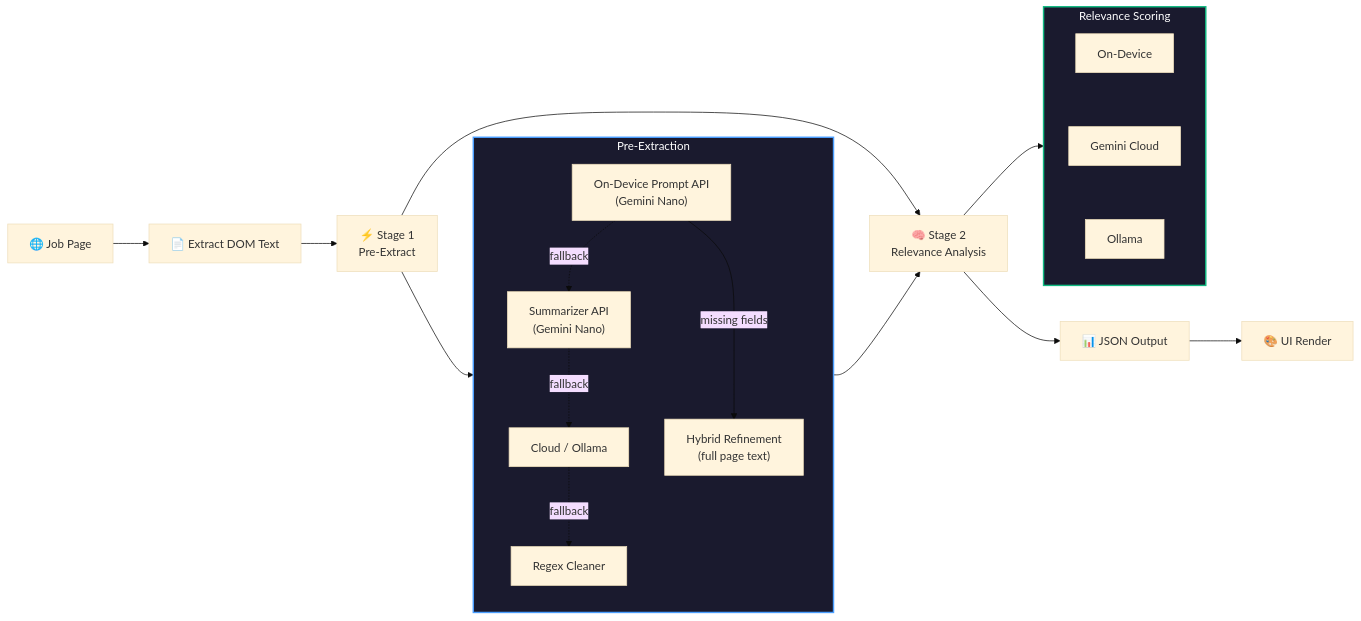
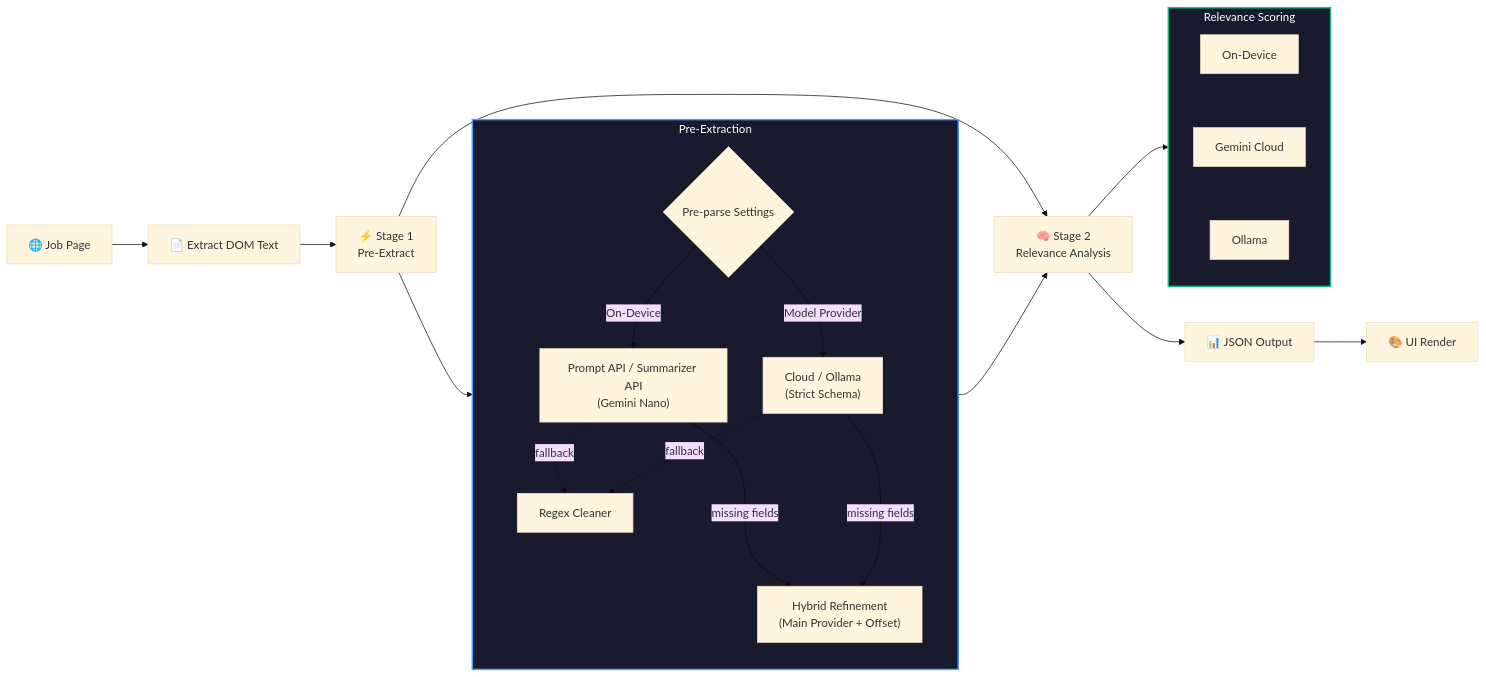
The diagram in README.md (hellosaumil/JobPostHighlightsExtension), drawn with Mermaid (base theme) before and after one commit. The commit also changed other lines of this file and 15 other files, not shown here.

````diff
--- a/README.md
+++ b/README.md
@@ -57,27 +67,30 @@
 ```mermaid
 flowchart LR
     A["🌐 Job Page"] --> B["📄 Extract DOM Text"]
     B --> C["⚡ Stage 1<br>Pre-Extract"]
     C --> D["🧠 Stage 2<br>Relevance Analysis"]
     D --> E["📊 JSON Output"]
     E --> F["🎨 UI Render"]
 
     subgraph Stage1["Pre-Extraction"]
         direction TB
-        C1["On-Device Prompt API<br>(Gemini Nano)"] -.->|"fallback"| C1b["Summarizer API<br>(Gemini Nano)"]
-        C1b -.->|"fallback"| C2["Cloud / Ollama"] -.->|"fallback"| C3["Regex Cleaner"]
-        C1 --->|"missing fields"| C4["Hybrid Refinement<br>(full page text)"]
+        C0{"Pre-parse Settings"}
+        C0 -->|"On-Device"| C1["Prompt API / Summarizer API<br>(Gemini Nano)"]
+        C0 -->|"Model Provider"| C2["Cloud / Ollama<br>(Strict Schema)"]
+        C1 -.->|"fallback"| C3["Regex Cleaner"]
+        C2 -.->|"fallback"| C3
+        C1 & C2 --->|"missing fields"| C4["Hybrid Refinement<br>(Main Provider + Offset)"]
     end
 
     subgraph Stage2["Relevance Scoring"]
         direction TB
         D1["On-Device"] ~~~ D2["Gemini Cloud"] ~~~ D3["Ollama"]
     end
 
-    C --> Stage1
+    C --> C0
     Stage1 --> D
     D --> Stage2
 
     style Stage1 fill:#1a1a2e,stroke:#4a9eff,stroke-width:2px,color:#fff
     style Stage2 fill:#1a1a2e,stroke:#10b981,stroke-width:2px,color:#fff
 ```
````
